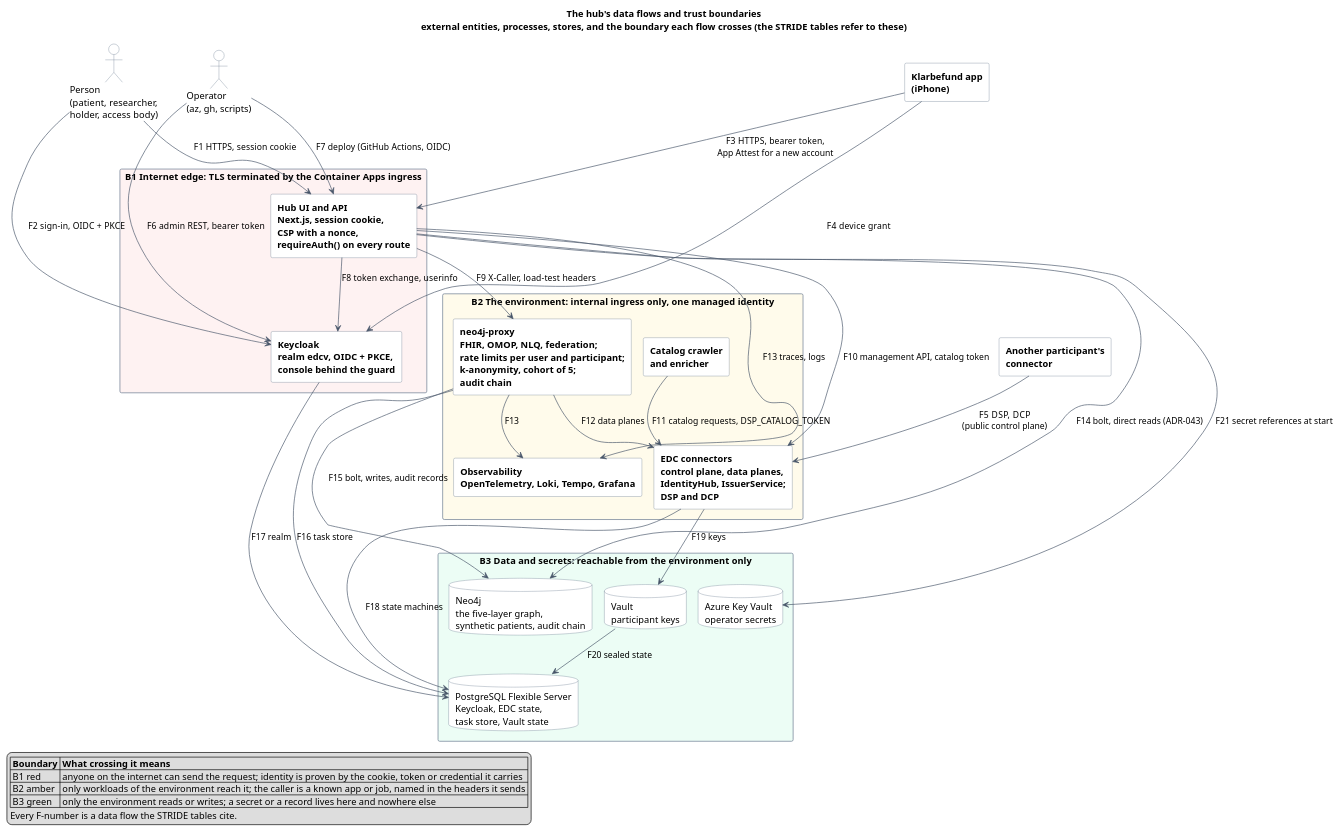
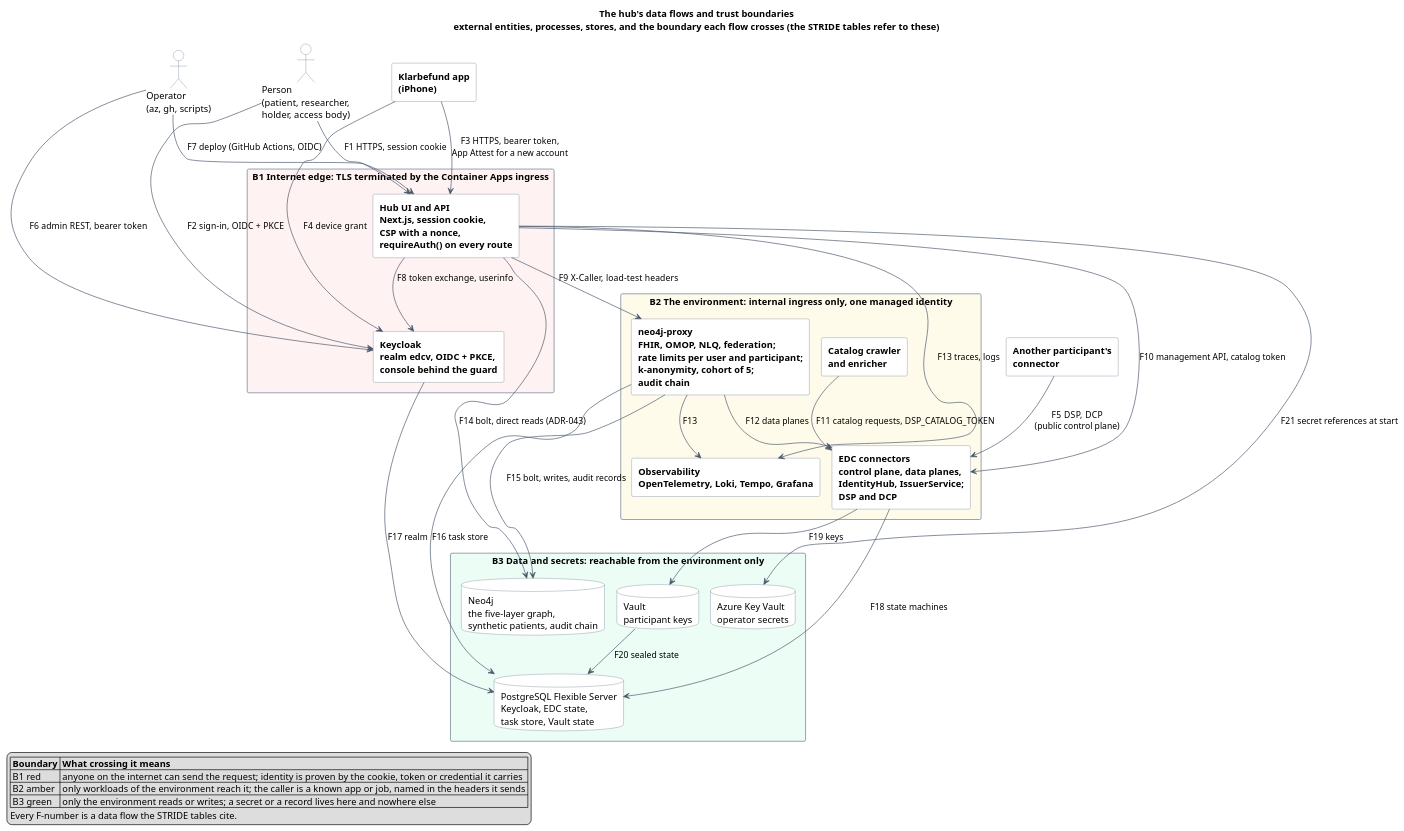
Before and after one commit to ma3u/MinimumViableHealthDataspacev2: the diagram in docs/security/diagrams/hub-trust-boundaries.puml, drawn with PlantUML. The commit also changed 8 other files, not shown here.

```diff
--- a/docs/security/diagrams/hub-trust-boundaries.puml
+++ b/docs/security/diagrams/hub-trust-boundaries.puml
@@ -1,82 +1,88 @@
 @startuml hub-trust-boundaries
 title The hub's data flows and trust boundaries\nexternal entities, processes, stores, and the boundary each flow crosses (the STRIDE tables refer to these)
 skinparam defaultFontName Helvetica
 skinparam shadowing false
 skinparam nodesep 18
 skinparam ranksep 40
 skinparam ArrowColor #475569
 skinparam rectangle {
   BorderColor #64748B
   BackgroundColor #FFFFFF
   FontStyle bold
 }
 skinparam actor {
   BorderColor #64748B
   BackgroundColor #FFFFFF
 }
 skinparam database {
   BorderColor #64748B
   BackgroundColor #FFFFFF
 }
 
 ' external entities
 actor "Person\n(patient, researcher,\nholder, access body)" as person
 actor "Operator\n(az, gh, scripts)" as operator
 rectangle "Klarbefund app\n(iPhone)" as app
 rectangle "Another participant's\nconnector" as peer
 
 rectangle "B1  Internet edge: TLS terminated by the Container Apps ingress" #FEF2F2 {
   rectangle "Hub UI and API\nNext.js, session cookie,\nCSP with a nonce,\nrequireAuth() on every route" as hub
   rectangle "Keycloak\nrealm edcv, OIDC + PKCE,\nconsole behind the guard" as kc
 }
 
 rectangle "B2  The environment: internal ingress only, one managed identity" #FFFBEB {
   rectangle "neo4j-proxy\nFHIR, OMOP, NLQ, federation;\nrate limits per user and participant;\nk-anonymity, cohort of 5;\naudit chain" as proxy
   rectangle "EDC connectors\ncontrol plane, data planes,\nIdentityHub, IssuerService;\nDSP and DCP" as edc
   rectangle "Catalog crawler\nand enricher" as crawler
   rectangle "Observability\nOpenTelemetry, Loki, Tempo, Grafana" as obs
 }
 
 rectangle "B3  Data and secrets: reachable from the environment only" #ECFDF5 {
   database "Neo4j\nthe five-layer graph,\nsynthetic patients, audit chain" as neo4j
   database "PostgreSQL Flexible Server\nKeycloak, EDC state,\ntask store, Vault state" as pg
   database "Vault\nparticipant keys" as vault
   database "Azure Key Vault\noperator secrets" as kv
 }
 
+' the external entities in one row above the edge
+operator -[hidden]right- person
+person -[hidden]right- app
+app -[hidden]right- peer
+peer -[hidden]down- edc
+
 ' flows across B1
 person --> hub : F1  HTTPS, session cookie
 person --> kc : F2  sign-in, OIDC + PKCE
 app --> hub : F3  HTTPS, bearer token,\nApp Attest for a new account
 app --> kc : F4  device grant
 peer --> edc : F5  DSP, DCP\n(public control plane)
 operator --> kc : F6  admin REST, bearer token
 operator --> hub : F7  deploy (GitHub Actions, OIDC)
 
 ' flows inside B2
 hub --> kc : F8  token exchange, userinfo
 hub --> proxy : F9  X-Caller, load-test headers
 hub --> edc : F10 management API, catalog token
 crawler --> edc : F11 catalog requests, DSP_CATALOG_TOKEN
 proxy --> edc : F12 data planes
 hub --> obs : F13 traces, logs
 proxy --> obs : F13
 
 ' flows into B3
 hub --> neo4j : F14 bolt, direct reads (ADR-043)
 proxy --> neo4j : F15 bolt, writes, audit records
 proxy --> pg : F16 task store
 kc --> pg : F17 realm
 edc --> pg : F18 state machines
 edc --> vault : F19 keys
 vault --> pg : F20 sealed state
 hub --> kv : F21 secret references at start
 
 legend bottom left
 |= Boundary |= What crossing it means |
 | B1 red | anyone on the internet can send the request; identity is proven by the cookie, token or credential it carries |
 | B2 amber | only workloads of the environment reach it; the caller is a known app or job, named in the headers it sends |
 | B3 green | only the environment reads or writes; a secret or a record lives here and nowhere else |
 Every F-number is a data flow the STRIDE tables cite.
 endlegend
 @enduml
```
